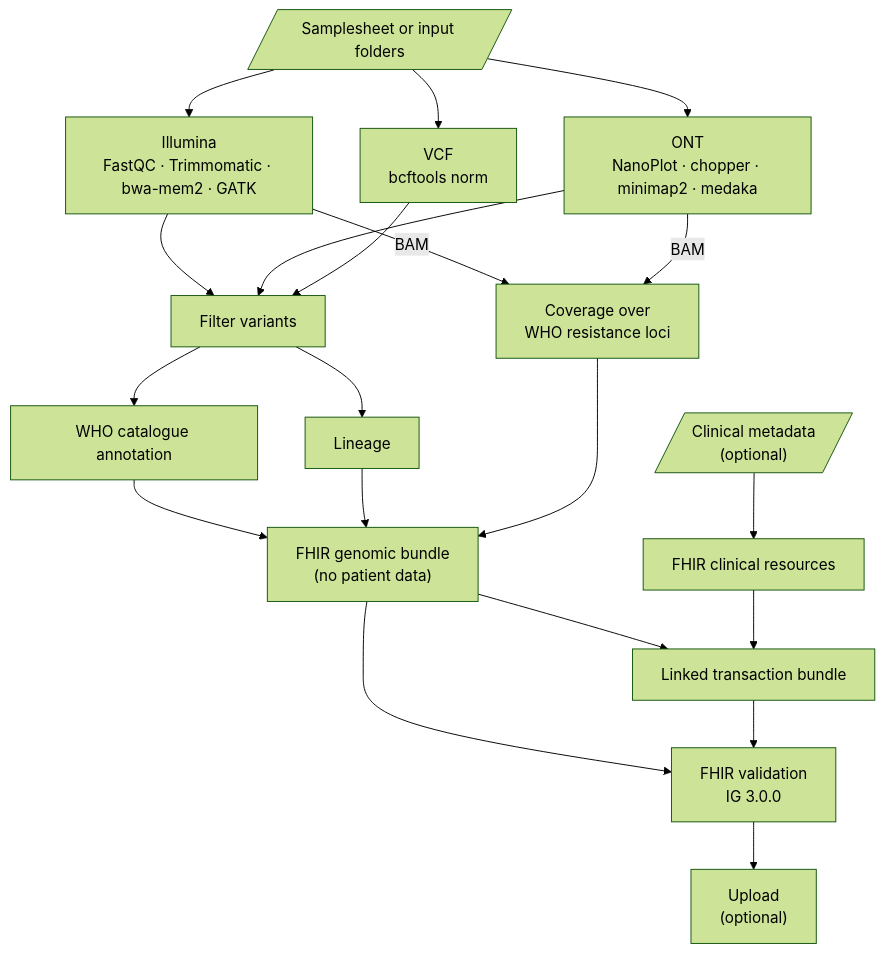
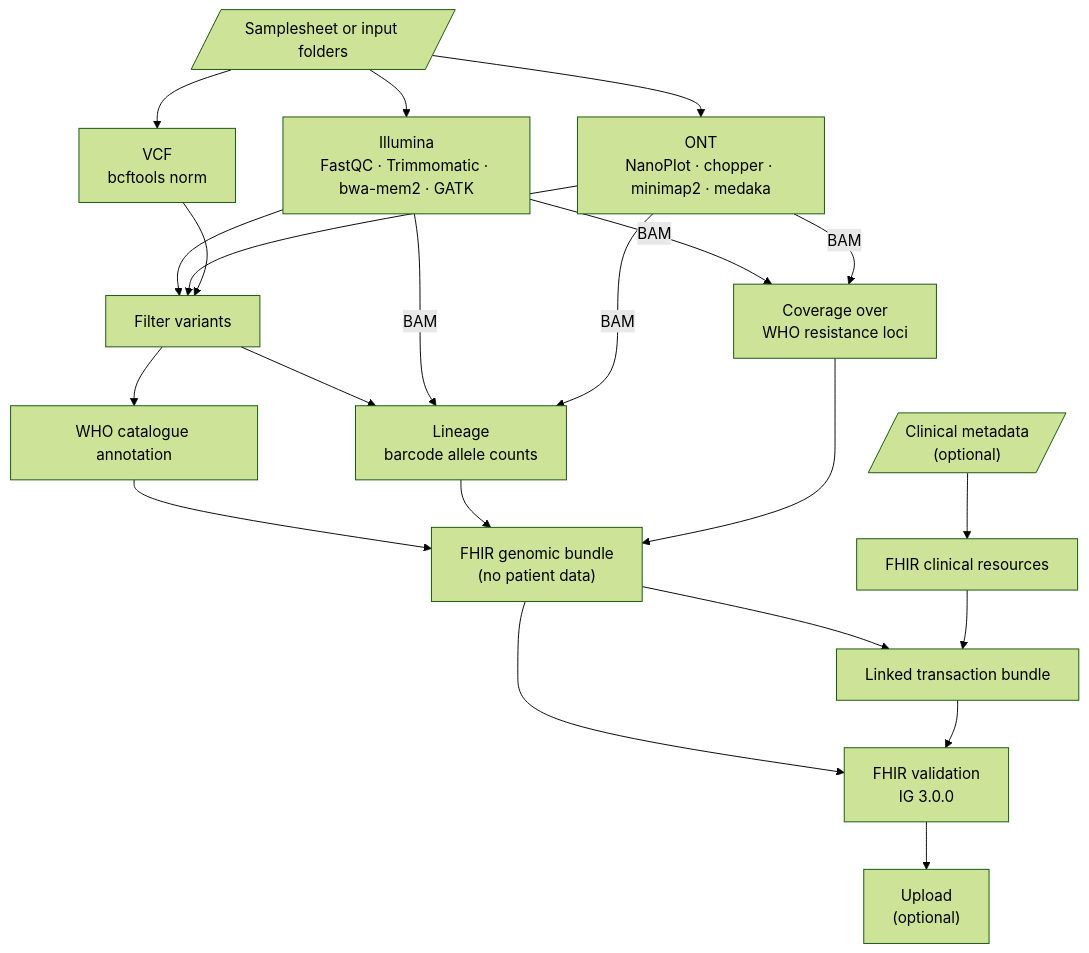
Before and after one commit to robind1/TB-pipeline-docs: the diagram in docs/source/architecture.md, drawn with Mermaid (forest theme).

````diff
--- a/docs/source/architecture.md
+++ b/docs/source/architecture.md
@@ -6,16 +6,17 @@
 ```mermaid
 flowchart TD
     IN[/"Samplesheet or input folders"/]
     IN --> ILL["Illumina<br/>FastQC · Trimmomatic · bwa-mem2 · GATK"]
     IN --> ONT["ONT<br/>NanoPlot · chopper · minimap2 · medaka"]
     IN --> VCF["VCF<br/>bcftools norm"]
     ILL & ONT & VCF --> FIL["Filter variants"]
     ILL & ONT -->|BAM| COV["Coverage over<br/>WHO resistance loci"]
     FIL --> ANN["WHO catalogue annotation"]
-    FIL --> LIN["Lineage"]
+    FIL --> LIN["Lineage<br/>barcode allele counts"]
+    ILL & ONT -->|BAM| LIN
     ANN & LIN & COV --> GEN["FHIR genomic bundle<br/>(no patient data)"]
     META[/"Clinical metadata<br/>(optional)"/] --> CLIN["FHIR clinical resources"]
     GEN & CLIN --> LINK["Linked transaction bundle"]
     GEN & LINK --> VAL["FHIR validation<br/>IG 3.0.0"]
     VAL --> UP["Upload<br/>(optional)"]
 ```
````
